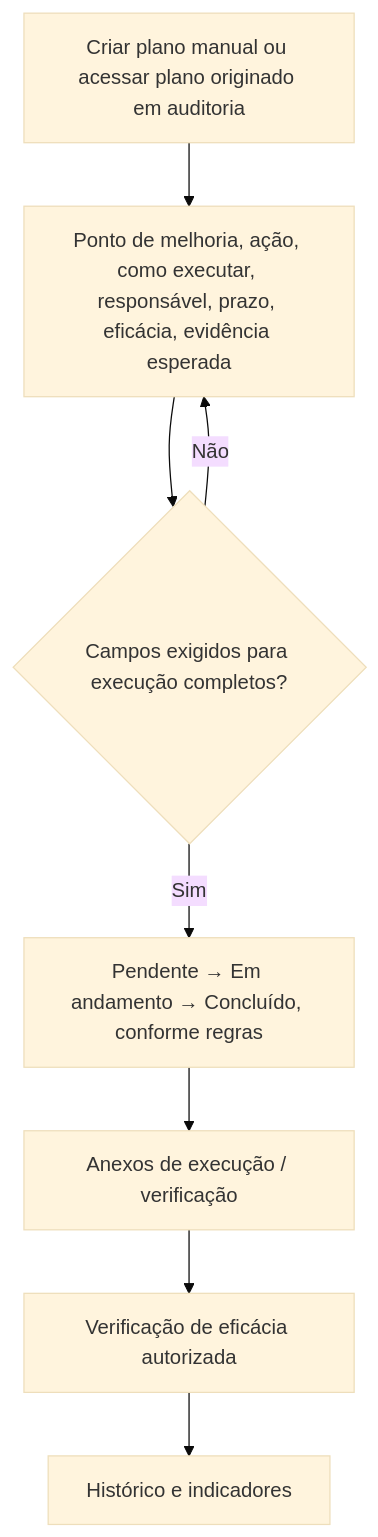
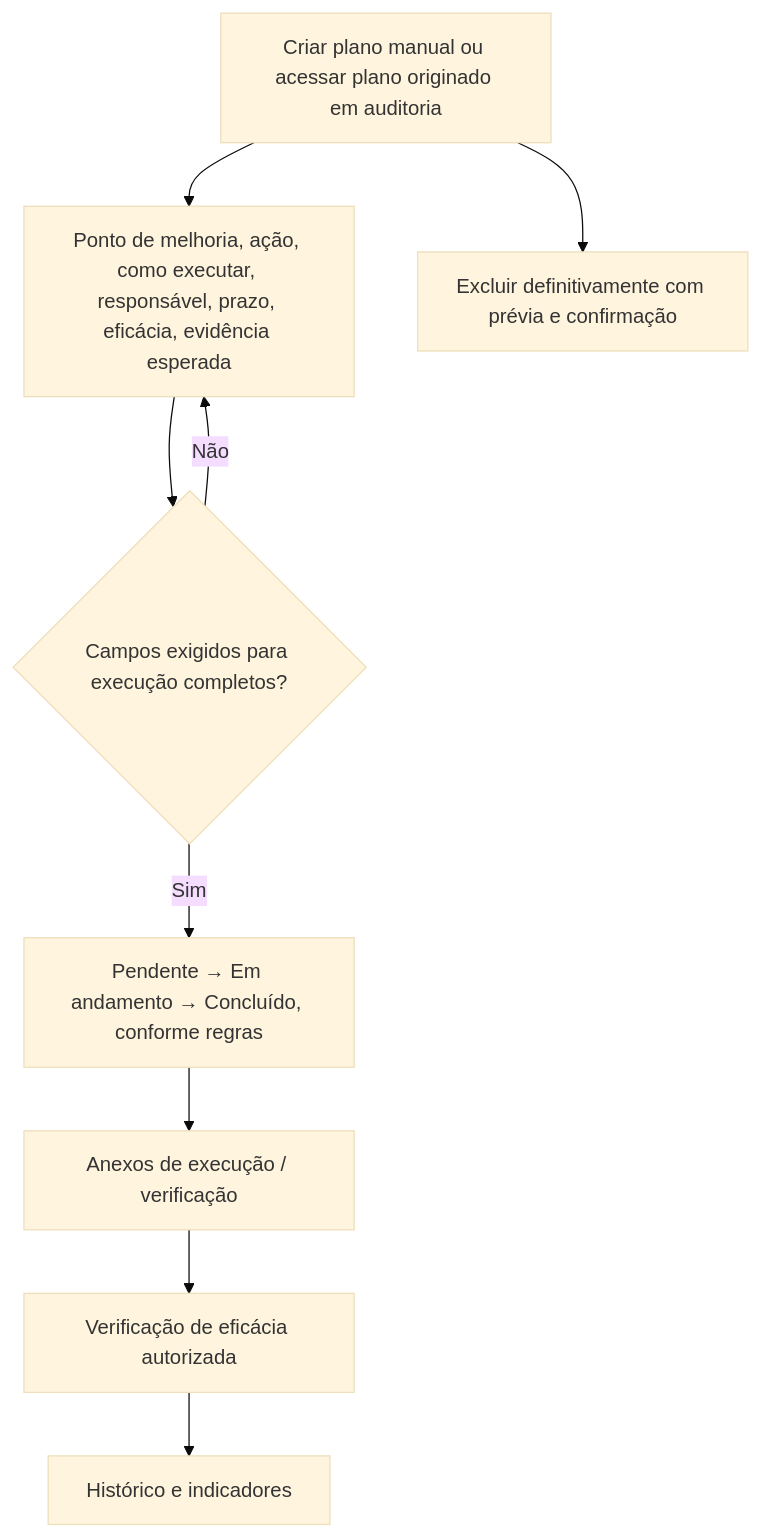
The second of 2 diagrams in docs/modules/audit/OPERATOR_GUIDE_V1.md (The-Vonky/Gaucha-Gestao), drawn with Mermaid (base theme) before and after one commit. The commit also changed other lines of this file and 33 other files, not shown here.

```diff
--- a/docs/modules/audit/OPERATOR_GUIDE_V1.md
+++ b/docs/modules/audit/OPERATOR_GUIDE_V1.md
@@ -44,10 +44,11 @@
 ~~~mermaid
 flowchart TD
   ORI["Criar plano manual ou acessar plano originado em auditoria"] --> FIELDS["Ponto de melhoria, ação, como executar, responsável, prazo, eficácia, evidência esperada"]
   FIELDS --> READY{"Campos exigidos para execução completos?"}
   READY -- "Não" --> FIELDS
   READY -- "Sim" --> EXEC["Pendente → Em andamento → Concluído, conforme regras"]
   EXEC --> ANEX["Anexos de execução / verificação"]
   ANEX --> VER["Verificação de eficácia autorizada"]
   VER --> HIST["Histórico e indicadores"]
+  ORI --> DELETE["Excluir definitivamente com prévia e confirmação"]
 ~~~
```
